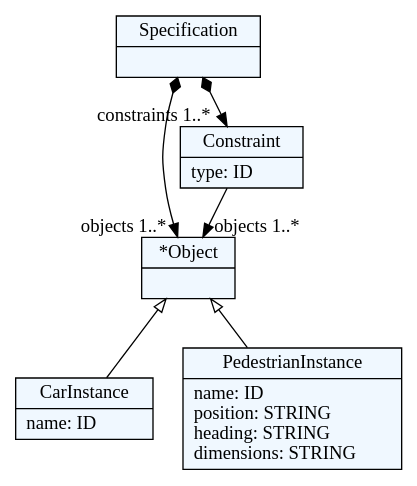
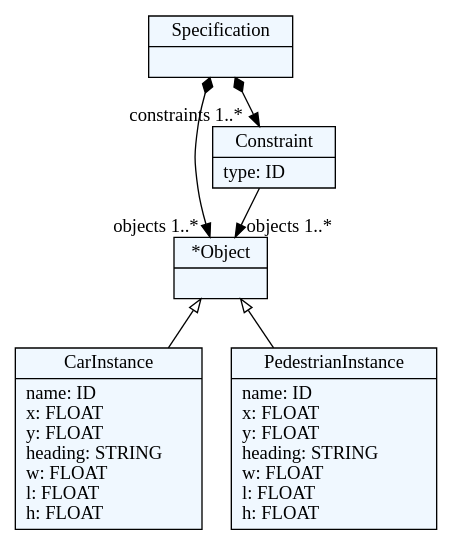
Before and after one commit to ArenBabikian/concretize: the diagram in src/language/grammar.dot, drawn with Graphviz. The commit also changed 3 other files, not shown here.

```diff
--- a/src/language/grammar.dot
+++ b/src/language/grammar.dot
@@ -1,32 +1,32 @@
 
     digraph textX {
     fontname = "Bitstream Vera Sans"
     fontsize = 8
     node[
         shape=record,
         style=filled,
         fillcolor=aliceblue
     ]
     nodesep = 0.3
     edge[dir=black,arrowtail=empty]
 
 
-140550161503824[ label="{Specification|}"]
+94683190292656[ label="{Specification|}"]
 
-140550161500400[ label="{*Object|}"]
+94683190296240[ label="{*Object|}"]
 
-140550161490784[ label="{CarInstance|name: ID\l}"]
+94683190299808[ label="{CarInstance|name: ID\lx: FLOAT\ly: FLOAT\lheading: STRING\lw: FLOAT\ll: FLOAT\lh: FLOAT\l}"]
 
-140550161600480[ label="{PedestrianInstance|name: ID\lposition: STRING\lheading: STRING\ldimensions: STRING\l}"]
+94683190303968[ label="{PedestrianInstance|name: ID\lx: FLOAT\ly: FLOAT\lheading: STRING\lw: FLOAT\ll: FLOAT\lh: FLOAT\l}"]
 
-140550161602368[ label="{Constraint|type: ID\l}"]
+94683190307536[ label="{Constraint|type: ID\l}"]
 
 
 
-140550161503824 -> 140550161500400[arrowtail=diamond, dir=both, headlabel="objects 1..*"]
-140550161503824 -> 140550161602368[arrowtail=diamond, dir=both, headlabel="constraints 1..*"]
-140550161500400 -> 140550161490784 [dir=back]
-140550161500400 -> 140550161600480 [dir=back]
-140550161602368 -> 140550161500400[headlabel="objects 1..*"]
+94683190292656 -> 94683190296240[arrowtail=diamond, dir=both, headlabel="objects 1..*"]
+94683190292656 -> 94683190307536[arrowtail=diamond, dir=both, headlabel="constraints 1..*"]
+94683190296240 -> 94683190299808 [dir=back]
+94683190296240 -> 94683190303968 [dir=back]
+94683190307536 -> 94683190296240[headlabel="objects 1..*"]
 
 }
```
